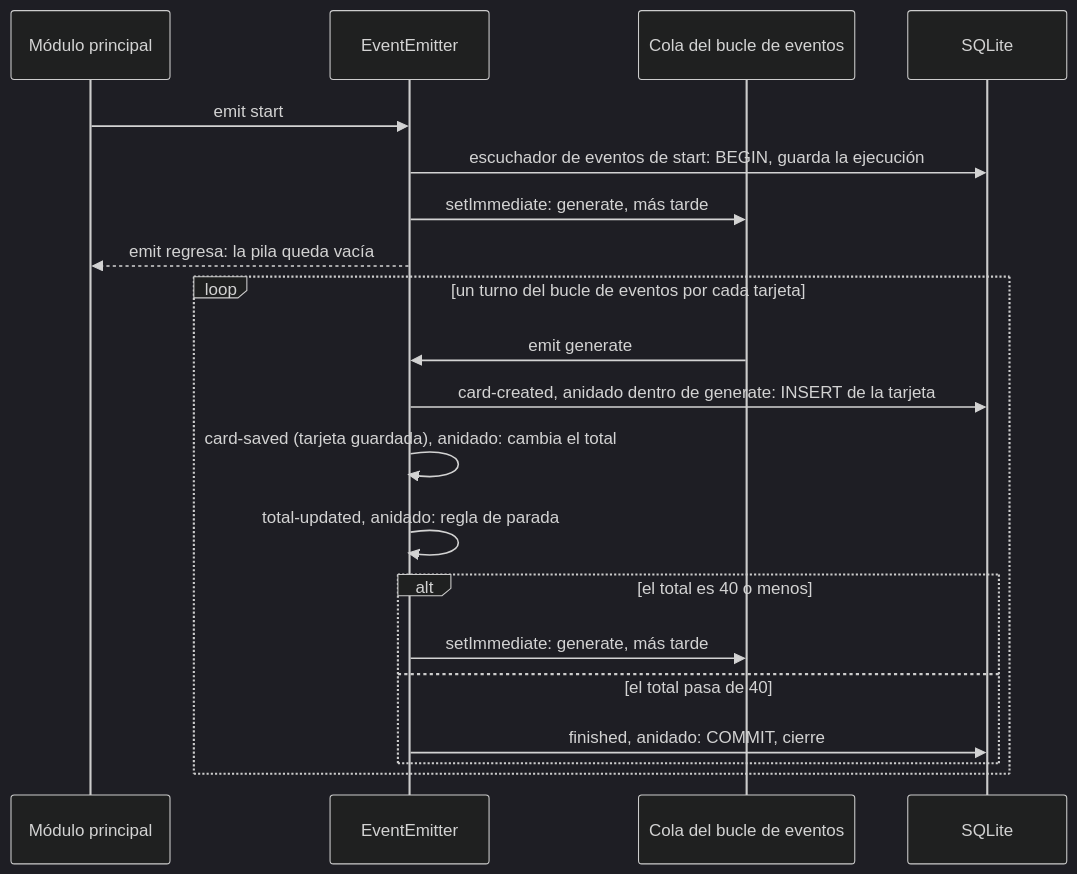
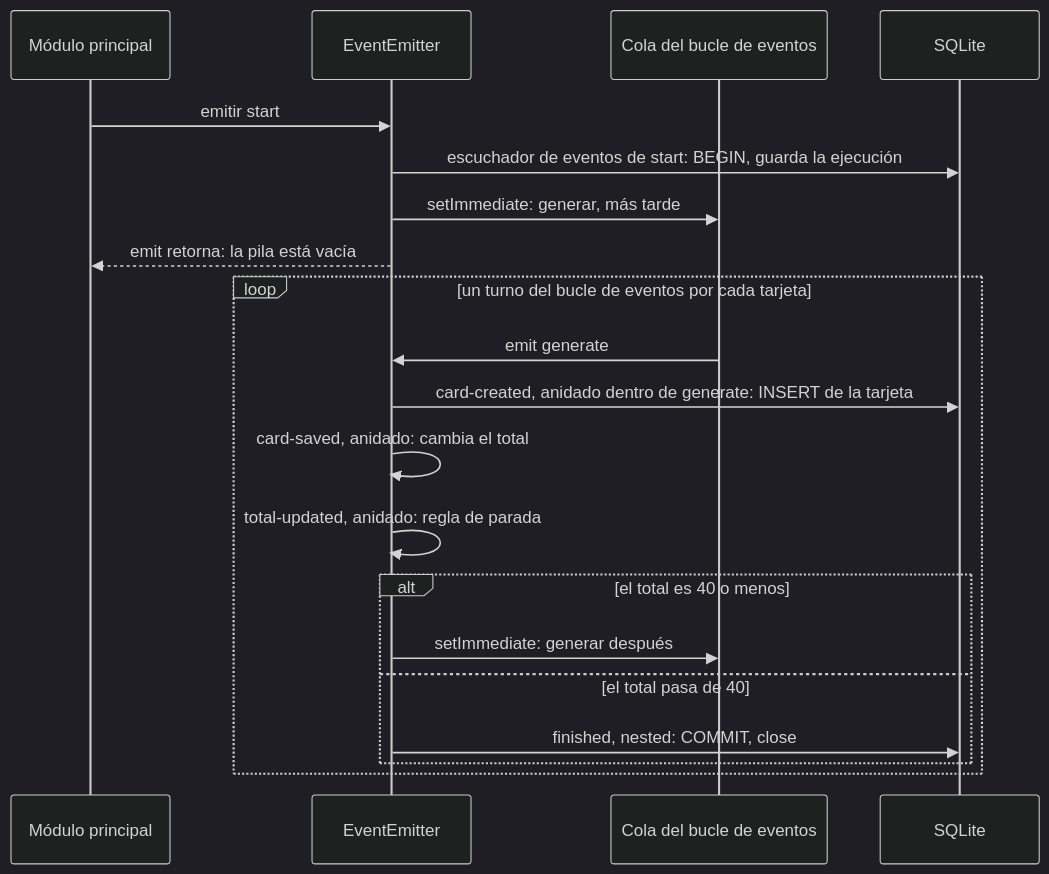
The third of 3 diagrams in lessons/guias-de-estudio/lenguajes/javascript.md (dullroar/aprende-a-programar-como-un-bicho-raro), drawn with Mermaid (dark theme) before and after one commit. The commit also changed other lines of this file and 22 other files, not shown here.

First line of the commit message:
loop(P5-003): build six Spanish publications; sync_guide_diagrams supports #block-N

````diff
--- a/lessons/guias-de-estudio/lenguajes/javascript.md
+++ b/lessons/guias-de-estudio/lenguajes/javascript.md
@@ -106,24 +106,24 @@
 ```mermaid
 sequenceDiagram
     accTitle: javascript-events: emit es una llamada, setImmediate es un turno posterior
-    accDescr: Un diagrama de secuencia. El módulo principal emite start. El escuchador de eventos de start abre la base de datos, inicia una transacción y guarda la ejecución. Después pide al bucle de eventos el evento generate en un turno posterior con setImmediate. Emit regresa y la pila de llamadas queda vacía. En un turno posterior, el bucle de eventos emite generate. El escuchador de eventos de generate crea una tarjeta y emite card-created, cuyo escuchador se ejecuta de inmediato dentro de la misma llamada y guarda la tarjeta en SQLite. Ese escuchador emite card-saved, cuyo escuchador actualiza el total e imprime la fila. Ese escuchador emite total-updated. Si el total es 40 o menos, su escuchador pide al bucle de eventos el siguiente generate en un turno posterior, y la pila se desenrolla. Si el total pasa de 40, emite finished, cuyo escuchador confirma la transacción, imprime y cierra. Una excepción lanzada en cualquier escuchador emite failed, que revierte la transacción e informa una sola vez.
+    accDescr: Un diagrama de secuencia. El módulo principal emite start. El escuchador de eventos de start abre la base de datos, inicia una transacción y guarda la ejecución. Después pide al bucle de eventos el evento generate para un turno posterior con setImmediate. La llamada a emit termina y la pila de llamadas queda vacía. En un turno posterior, el bucle de eventos emite generate. El escuchador de generate crea una tarjeta y emite card-created. El escuchador de card-created se ejecuta de inmediato dentro de la misma llamada y guarda la tarjeta en SQLite. Ese escuchador emite card-saved, cuyo escuchador actualiza el total e imprime la fila. Ese escuchador emite total-updated. Si el total no pasa de 40, el escuchador de total-updated pide al bucle de eventos el siguiente generate para un turno posterior y la pila se desenrolla. Si el total pasa de 40, emite finished, cuyo escuchador confirma la transacción, imprime y cierra. Un throw en cualquier escuchador emite failed, que revierte la transacción e informa una sola vez.
     participant M as Módulo principal
     participant E as EventEmitter
     participant Q as Cola del bucle de eventos
     participant D as SQLite
-    M->>E: emit start
+    M->>E: emitir start
     E->>D: escuchador de eventos de start: BEGIN, guarda la ejecución
-    E->>Q: setImmediate: generate, más tarde
-    E-->>M: emit regresa: la pila queda vacía
+    E->>Q: setImmediate: generar, más tarde
+    E-->>M: emit retorna: la pila está vacía
     loop un turno del bucle de eventos por cada tarjeta
         Q->>E: emit generate
         E->>D: card-created, anidado dentro de generate: INSERT de la tarjeta
-        E->>E: card-saved (tarjeta guardada), anidado: cambia el total
+        E->>E: card-saved, anidado: cambia el total
         E->>E: total-updated, anidado: regla de parada
         alt el total es 40 o menos
-            E->>Q: setImmediate: generate, más tarde
+            E->>Q: setImmediate: generar después
         else el total pasa de 40
-            E->>D: finished, anidado: COMMIT, cierre
+            E->>D: finished, nested: COMMIT, close
         end
     end
 ```
````
